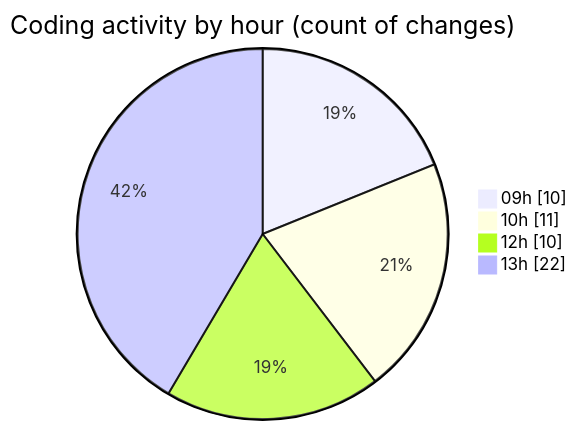
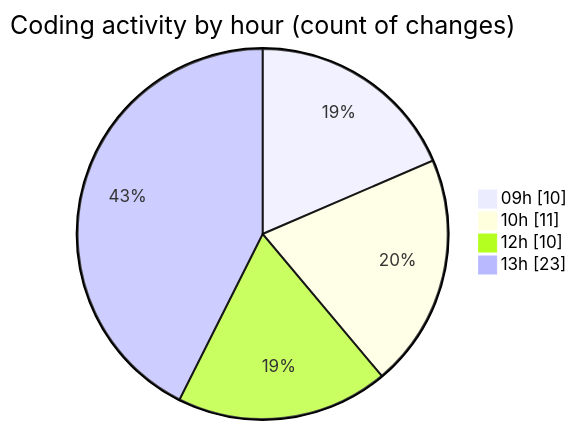
One commit to momahboobian/code-tracking changed the second of 2 diagrams in 2025-09-12/cda/README.md. Above: the diagram before and after it, drawn with Mermaid. The commit also changed other lines of this file and 1 other file, not shown here.

````diff
--- a/2025-09-12/cda/README.md
+++ b/2025-09-12/cda/README.md
@@ -41,8 +41,8 @@
 ```mermaid
 pie showData
 title Coding activity by hour (count of changes)
 "09h" : 10
 "10h" : 11
 "12h" : 10
-"13h" : 22
+"13h" : 23
 ```
````
